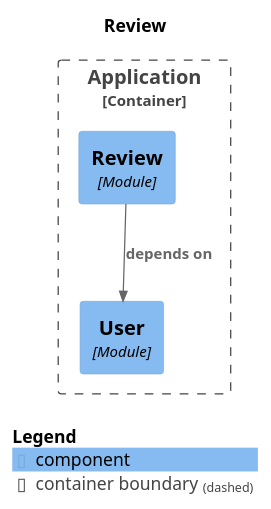
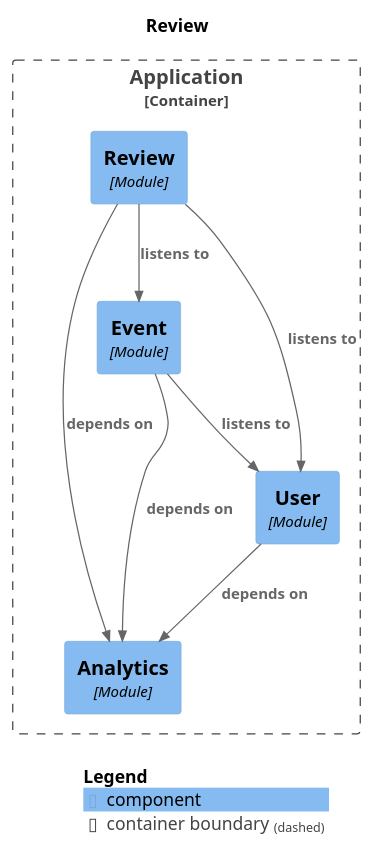
The diagram in documentation/module-review.puml (Spring-Boot-Microservices-2024/project), drawn with PlantUML before and after one commit. The commit also changed 9 other files, not shown here.

```diff
--- a/documentation/module-review.puml
+++ b/documentation/module-review.puml
@@ -1,19 +1,26 @@
 @startuml
 set separator none
 title Review
 
 top to bottom direction
 
 !include <C4/C4>
 !include <C4/C4_Context>
 !include <C4/C4_Component>
 
 Container_Boundary("Application.Application_boundary", "Application", $tags="") {
+  Component(Application.Application.Analytics, "Analytics", $techn="Module", $descr="", $tags="", $link="")
   Component(Application.Application.Review, "Review", $techn="Module", $descr="", $tags="", $link="")
+  Component(Application.Application.Event, "Event", $techn="Module", $descr="", $tags="", $link="")
   Component(Application.Application.User, "User", $techn="Module", $descr="", $tags="", $link="")
 }
 
-Rel(Application.Application.Review, Application.Application.User, "depends on", $techn="", $tags="", $link="")
+Rel(Application.Application.Review, Application.Application.Event, "listens to", $techn="", $tags="", $link="")
+Rel(Application.Application.Review, Application.Application.Analytics, "depends on", $techn="", $tags="", $link="")
+Rel(Application.Application.User, Application.Application.Analytics, "depends on", $techn="", $tags="", $link="")
+Rel(Application.Application.Event, Application.Application.User, "listens to", $techn="", $tags="", $link="")
+Rel(Application.Application.Event, Application.Application.Analytics, "depends on", $techn="", $tags="", $link="")
+Rel(Application.Application.Review, Application.Application.User, "listens to", $techn="", $tags="", $link="")
 
 SHOW_LEGEND(true)
 @enduml
```
